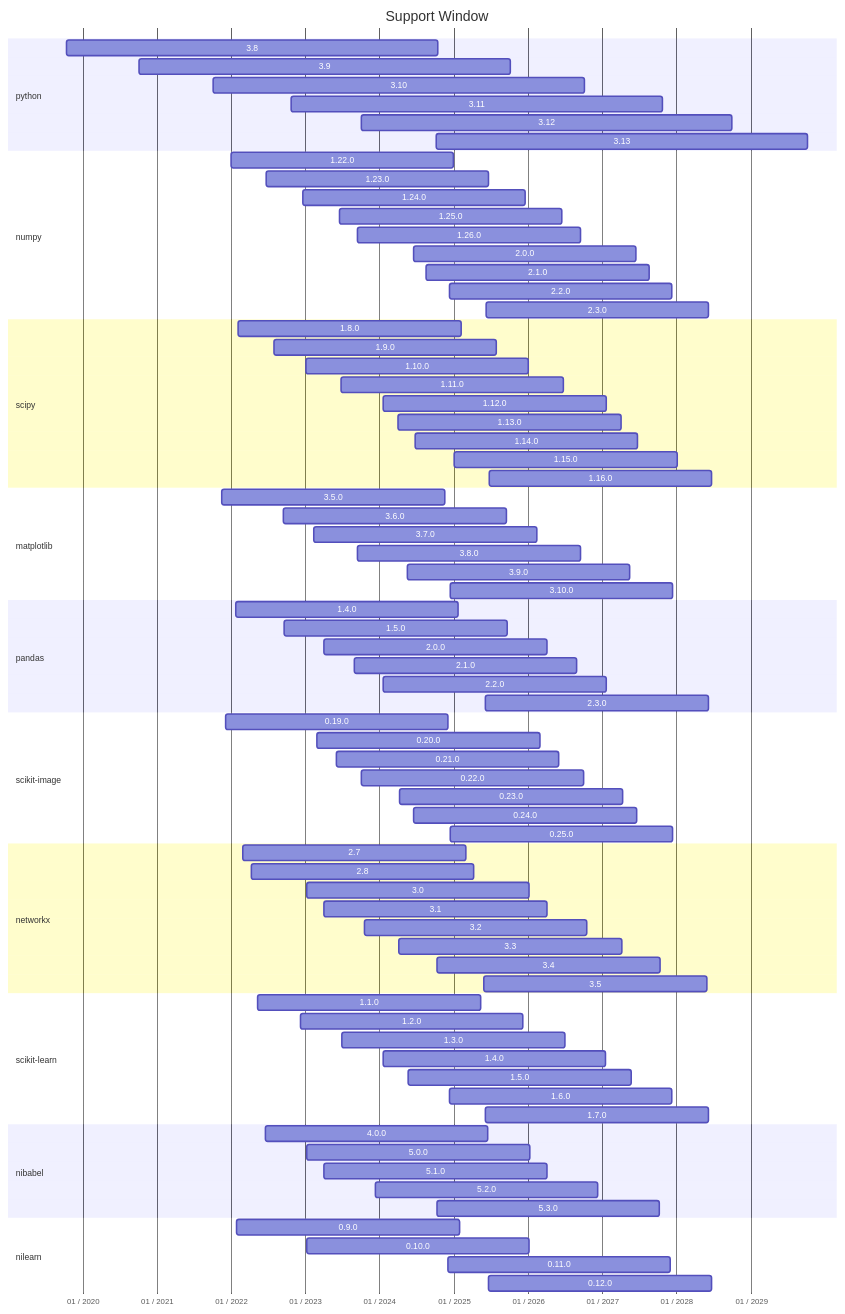
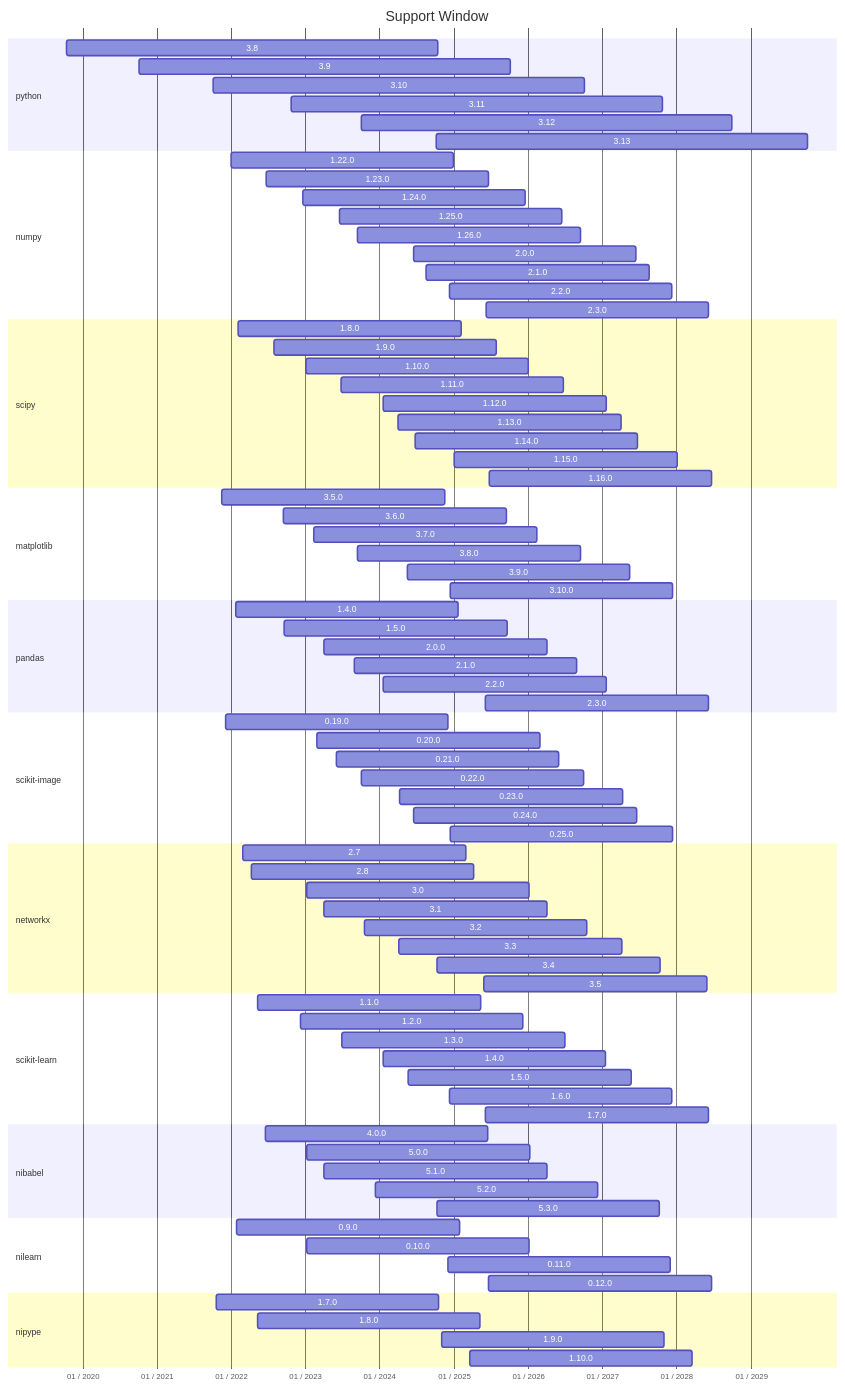
One commit to nipreps/speczeroplus changed the diagram in spec-0000/chart.md. Above: the diagram before and after it, drawn with Mermaid. The commit also changed 2 other files, not shown here.

Commit message:
Add nipype

````diff
--- a/spec-0000/chart.md
+++ b/spec-0000/chart.md
@@ -90,4 +90,10 @@
 0.10.0 : 2023-01-06,2026-01-05
 0.11.0 : 2024-12-02,2027-12-02
 0.12.0 : 2025-06-21,2028-06-20
+
+section nipype
+1.7.0 : 2021-10-20,2024-10-19
+1.8.0 : 2022-05-10,2025-05-09
+1.9.0 : 2024-10-31,2027-10-31
+1.10.0 : 2025-03-19,2028-03-18
 ```
````
